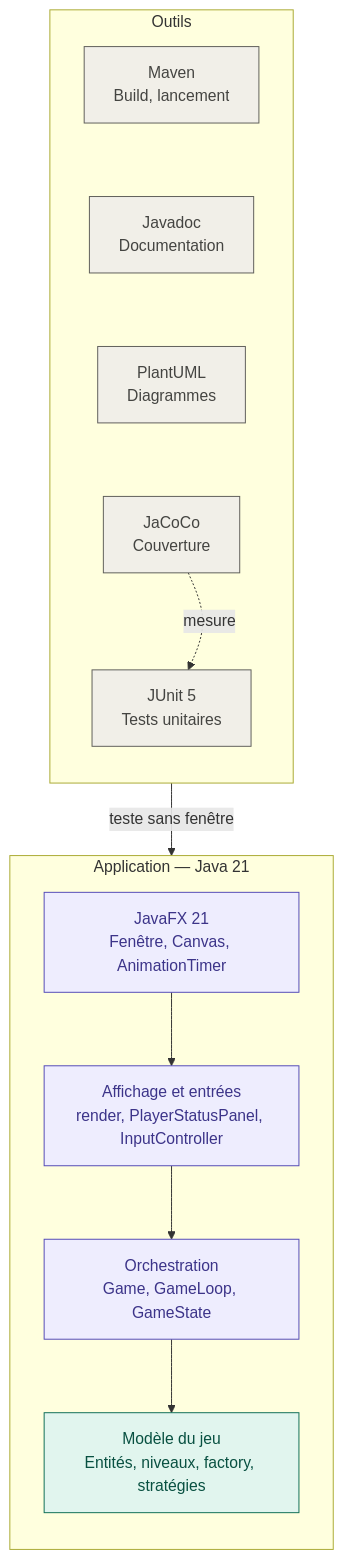
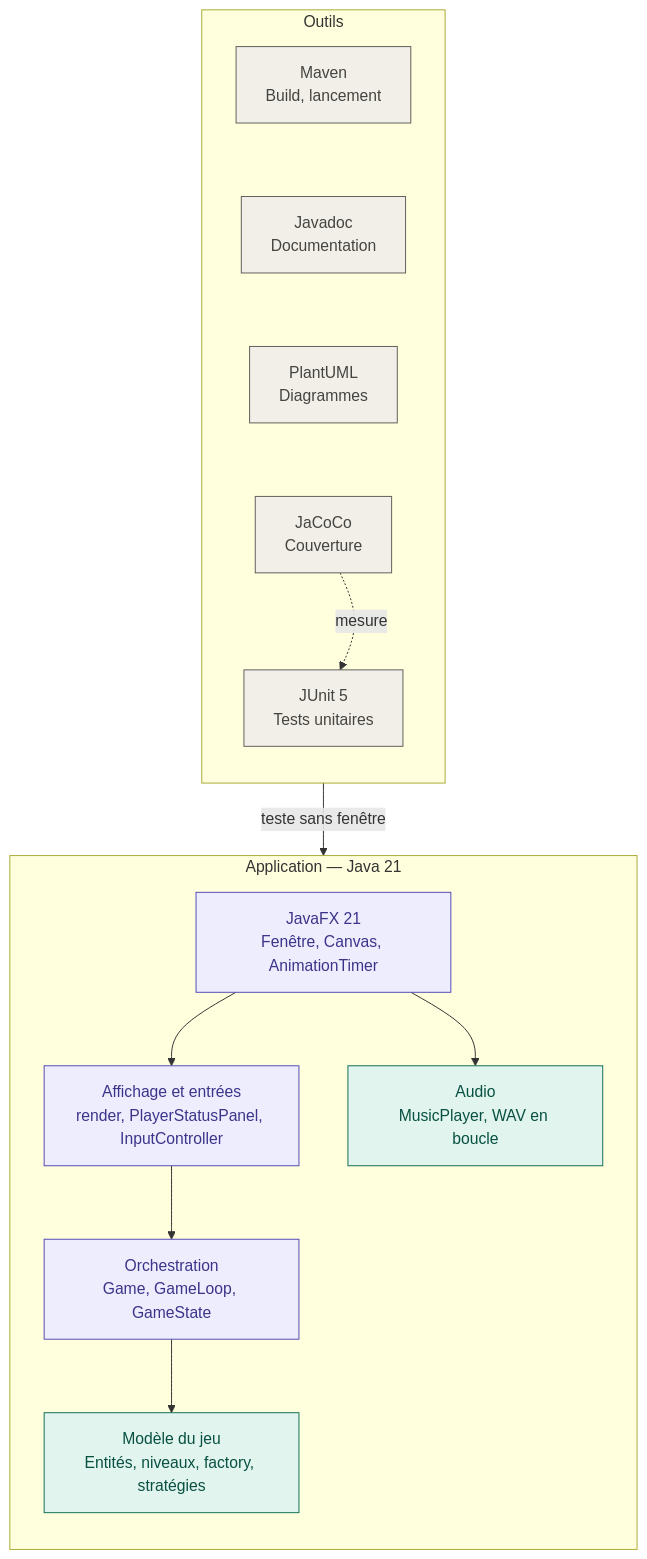
Before and after one commit to MeghCH/2d-Game-Natural-Fatal-IA: the diagram in Docs/Stack.md, drawn with Mermaid. The commit also changed other lines of this file and 11 other files, not shown here.

Commit message:
Feat: add a music to the game and fix the docs in consequences

````diff
--- a/Docs/Stack.md
+++ b/Docs/Stack.md
@@ -105,31 +126,33 @@
 ```mermaid
 flowchart TB
   subgraph APP["Application — Java 21"]
     direction TB
     FX["JavaFX 21<br/>Fenêtre, Canvas, AnimationTimer"]
     VIEW["Affichage et entrées<br/>render, PlayerStatusPanel, InputController"]
     ORCH["Orchestration<br/>Game, GameLoop, GameState"]
     MODEL["Modèle du jeu<br/>Entités, niveaux, factory, stratégies"]
+    AUDIO["Audio<br/>MusicPlayer, WAV en boucle"]
     FX --> VIEW --> ORCH --> MODEL
+    FX --> AUDIO
   end
 
   subgraph TOOLS["Outils"]
     direction TB
     MAVEN["Maven<br/>Build, lancement"]
     JAVADOC["Javadoc<br/>Documentation"]
     PLANTUML["PlantUML<br/>Diagrammes"]
     JACOCO["JaCoCo<br/>Couverture"]
     JUNIT["JUnit 5<br/>Tests unitaires"]
     MAVEN ~~~ JAVADOC ~~~ PLANTUML ~~~ JACOCO ~~~ JUNIT
   end
 
   JUNIT -- "teste sans fenêtre" --> MODEL
   JACOCO -. "mesure" .-> JUNIT
 
   classDef javafx fill:#EEEDFE,stroke:#534AB7,color:#3C3489
   classDef pure fill:#E1F5EE,stroke:#0F6E56,color:#085041
   classDef tool fill:#F1EFE8,stroke:#5F5E5A,color:#444441
   class FX,VIEW,ORCH javafx
-  class MODEL pure
+  class MODEL,AUDIO pure
   class MAVEN,JAVADOC,PLANTUML,JACOCO,JUNIT tool
 ```
````
